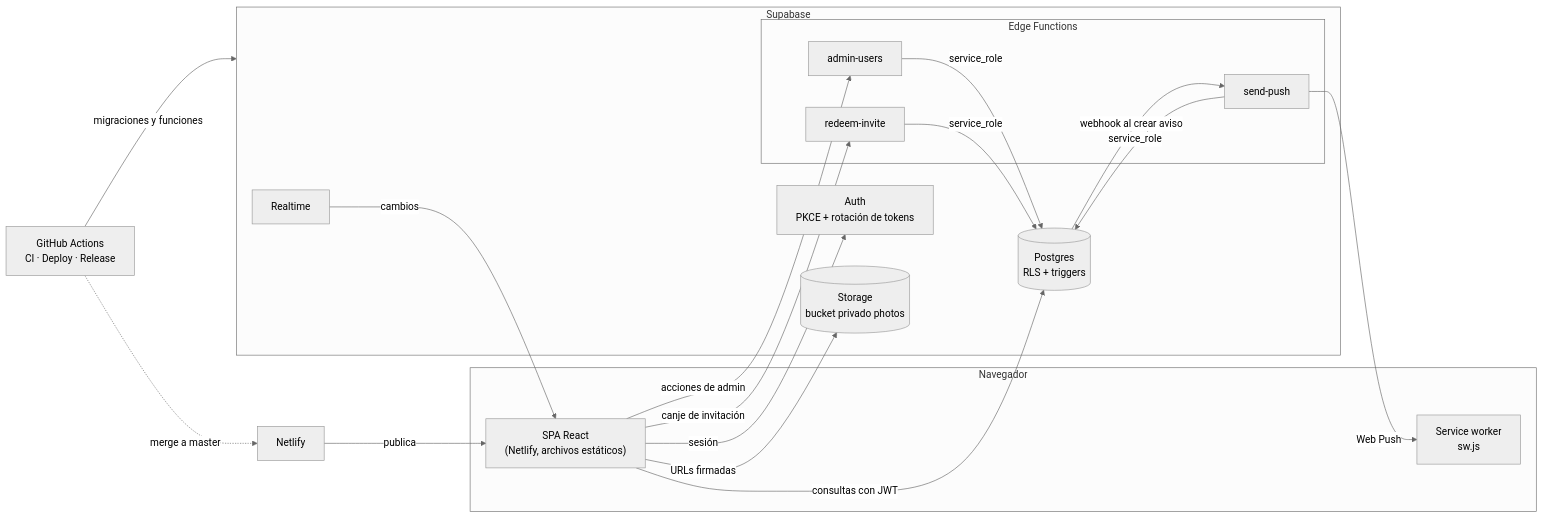
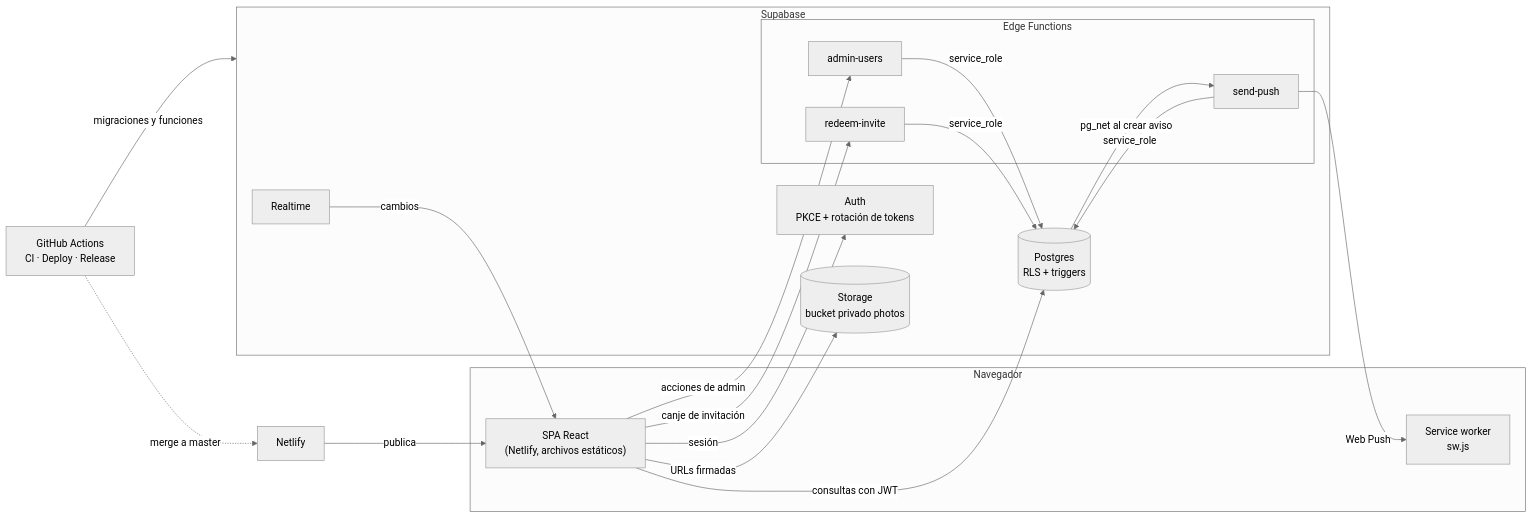
The first of 16 diagrams in docs/DIAGRAMAS.md (Juan-Carlos-Estevez-Vargas/Camila-Sanchez), drawn with Mermaid (neutral theme) before and after one commit. The commit also changed other lines of this file and 3 other files, not shown here.

````diff
--- a/docs/DIAGRAMAS.md
+++ b/docs/DIAGRAMAS.md
@@ -24,33 +24,33 @@
 ```mermaid
 flowchart LR
   subgraph Navegador
     SPA["SPA React<br/>(Netlify, archivos estáticos)"]
     SW["Service worker<br/>sw.js"]
   end
   subgraph Supabase
     AUTH["Auth<br/>PKCE + rotación de tokens"]
     DB[("Postgres<br/>RLS + triggers")]
     ST[("Storage<br/>bucket privado photos")]
     RT["Realtime"]
     subgraph Edge["Edge Functions"]
       AU["admin-users"]
       RI["redeem-invite"]
       SP["send-push"]
     end
   end
   GH["GitHub Actions<br/>CI · Deploy · Release"]
   NL["Netlify"]
 
   SPA -- "sesión" --> AUTH
   SPA -- "consultas con JWT" --> DB
   SPA -- "URLs firmadas" --> ST
   RT -- "cambios" --> SPA
   SPA -- "acciones de admin" --> AU
   SPA -- "canje de invitación" --> RI
-  DB -- "webhook al crear aviso" --> SP
+  DB -- "pg_net al crear aviso" --> SP
   SP -- "Web Push" --> SW
   AU & RI & SP -- "service_role" --> DB
   GH -- "migraciones y funciones" --> Supabase
   GH -. "merge a master" .-> NL
   NL -- "publica" --> SPA
 ```
````
